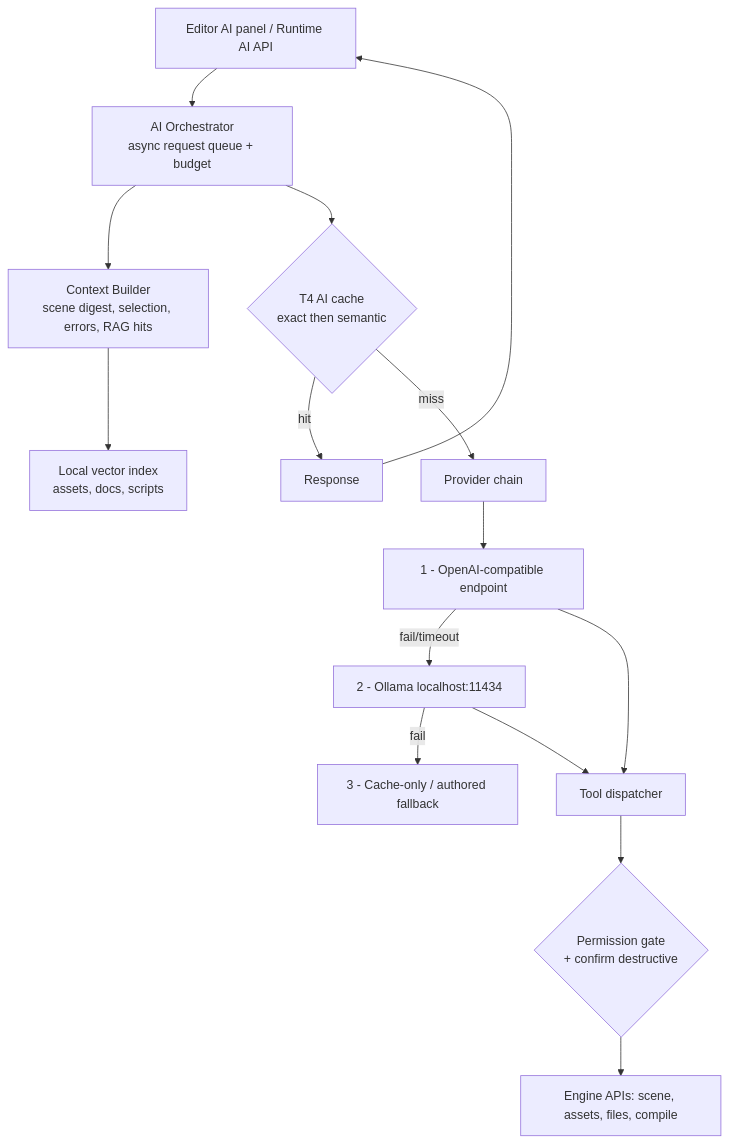
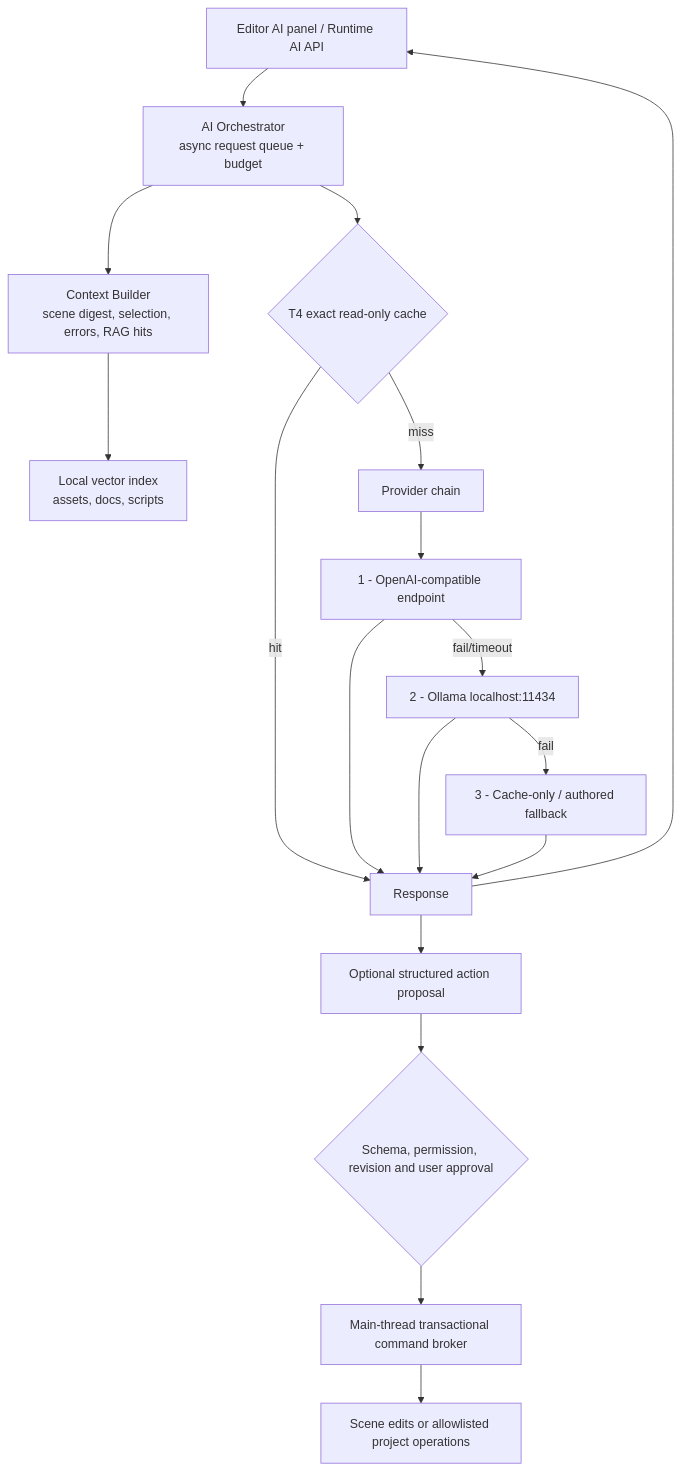
Before and after one commit to ShubhamBrody/VelosGameEngine: the sixth of 7 diagrams in docs/ARCHITECTURE.md, drawn with Mermaid. The commit also changed other lines of this file and 5 other files, not shown here.

First line of the commit message:
docs(plan): refine engine scope, architecture and milestone gates

````diff
--- a/docs/ARCHITECTURE.md
+++ b/docs/ARCHITECTURE.md
@@ -413,17 +497,20 @@
 ```mermaid
 graph TD
   UI[Editor AI panel / Runtime AI API] --> ORCH[AI Orchestrator<br/>async request queue + budget]
   ORCH --> CTX[Context Builder<br/>scene digest, selection, errors, RAG hits]
   CTX --> VEC[Local vector index<br/>assets, docs, scripts]
-  ORCH --> CACHE{T4 AI cache<br/>exact then semantic}
+  ORCH --> CACHE{T4 exact read-only cache}
   CACHE -- hit --> RESP[Response]
   CACHE -- miss --> CHAIN[Provider chain]
   CHAIN --> P1[1 - OpenAI-compatible endpoint]
   P1 -- fail/timeout --> P2[2 - Ollama localhost:11434]
   P2 -- fail --> P3[3 - Cache-only / authored fallback]
-  P1 --> TOOLS[Tool dispatcher]
-  P2 --> TOOLS
-  TOOLS --> PERM{Permission gate<br/>+ confirm destructive}
-  PERM --> ENGAPI[Engine APIs: scene, assets, files, compile]
+  P1 --> RESP
+  P2 --> RESP
+  P3 --> RESP
+  RESP --> PROPOSAL[Optional structured action proposal]
+  PROPOSAL --> PERM{Schema, permission, revision and user approval}
+  PERM --> TOOLS[Main-thread transactional command broker]
+  TOOLS --> ENGAPI[Scene edits or allowlisted project operations]
   RESP --> UI
 ```
````
